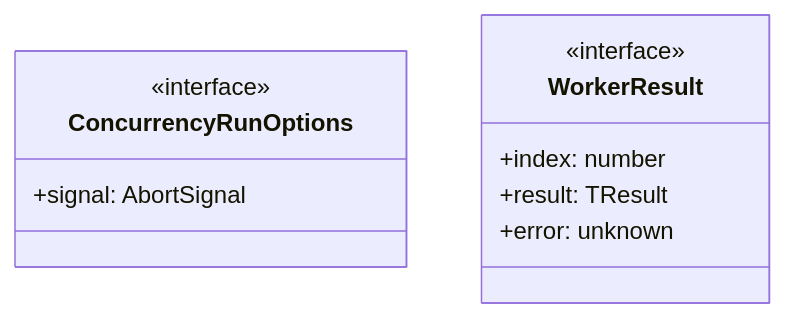
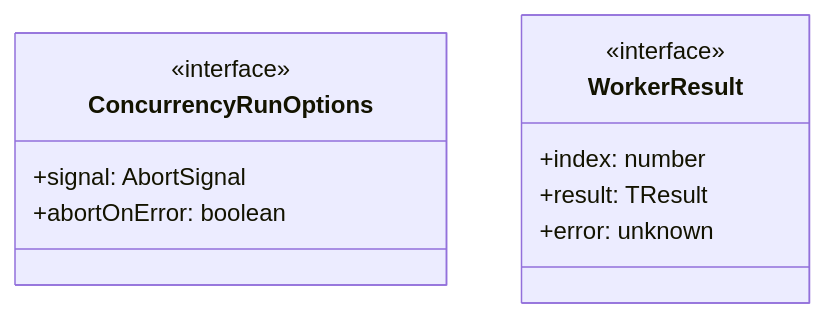
One commit to Mekann2904/mekann changed the first of 4 diagrams in ABDD/.pi/lib/concurrency.md. Above: the diagram before and after it, drawn with Mermaid. The commit also changed other lines of this file and 205 other files, not shown here.

````diff
--- a/ABDD/.pi/lib/concurrency.md
+++ b/ABDD/.pi/lib/concurrency.md
@@ -27,13 +33,14 @@
 ```mermaid
 classDiagram
   class ConcurrencyRunOptions {
     <<interface>>
     +signal: AbortSignal
+    +abortOnError: boolean
   }
   class WorkerResult {
     <<interface>>
     +index: number
     +result: TResult
     +error: unknown
   }
 ```
````
